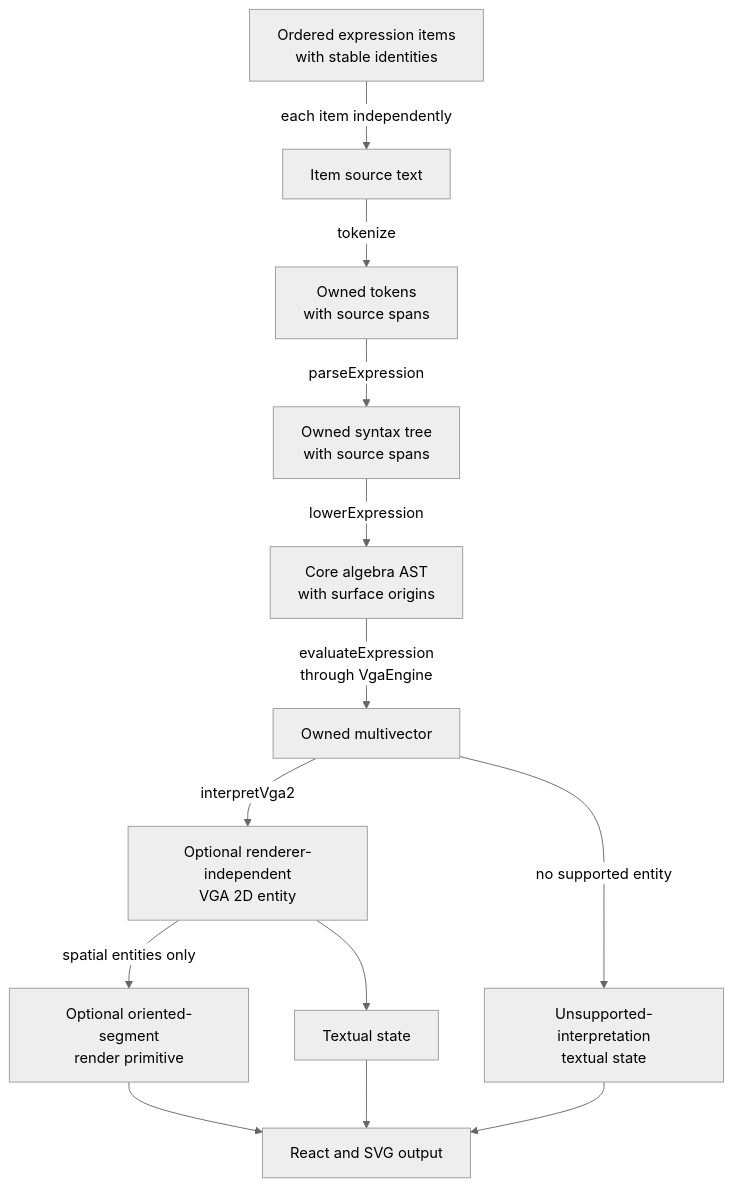
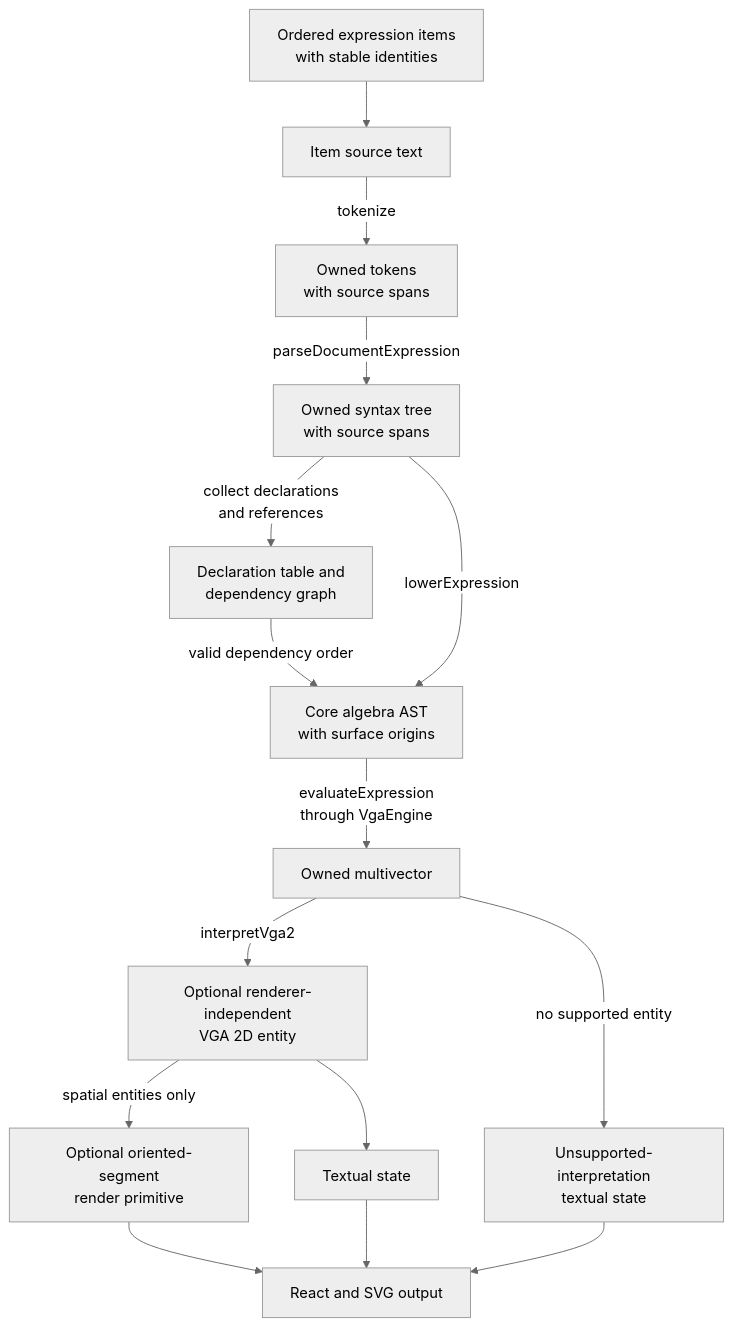
Before and after one commit to eharquin/multivector: the second of 2 diagrams in docs/architecture/application-architecture.md, drawn with Mermaid (neutral theme). The commit also changed other lines of this file and 14 other files, not shown here.

````diff
--- a/docs/architecture/application-architecture.md
+++ b/docs/architecture/application-architecture.md
@@ -70,27 +70,30 @@
 ```mermaid
 flowchart TD
     DOCUMENT["Ordered expression items<br/>with stable identities"]
     SOURCE["Item source text"]
     TOKENS["Owned tokens<br/>with source spans"]
     AST["Owned syntax tree<br/>with source spans"]
+    GRAPH["Declaration table and<br/>dependency graph"]
     CORE["Core algebra AST<br/>with surface origins"]
     VALUE["Owned multivector"]
     ENTITY["Optional renderer-independent<br/>VGA 2D entity"]
     UNSUPPORTED["Unsupported-interpretation<br/>textual state"]
     PRIMITIVE["Optional oriented-segment<br/>render primitive"]
     TEXT["Textual state"]
     OUTPUT["React and SVG output"]
 
-    DOCUMENT -->|"each item independently"| SOURCE
+    DOCUMENT --> SOURCE
     SOURCE -->|"tokenize"| TOKENS
-    TOKENS -->|"parseExpression"| AST
+    TOKENS -->|"parseDocumentExpression"| AST
+    AST -->|"collect declarations<br/>and references"| GRAPH
+    GRAPH -->|"valid dependency order"| CORE
     AST -->|"lowerExpression"| CORE
     CORE -->|"evaluateExpression<br/>through VgaEngine"| VALUE
     VALUE -->|"interpretVga2"| ENTITY
     VALUE -->|"no supported entity"| UNSUPPORTED
     ENTITY --> TEXT
     ENTITY -->|"spatial entities only"| PRIMITIVE
     PRIMITIVE --> OUTPUT
     TEXT --> OUTPUT
     UNSUPPORTED --> OUTPUT
 ```
````
